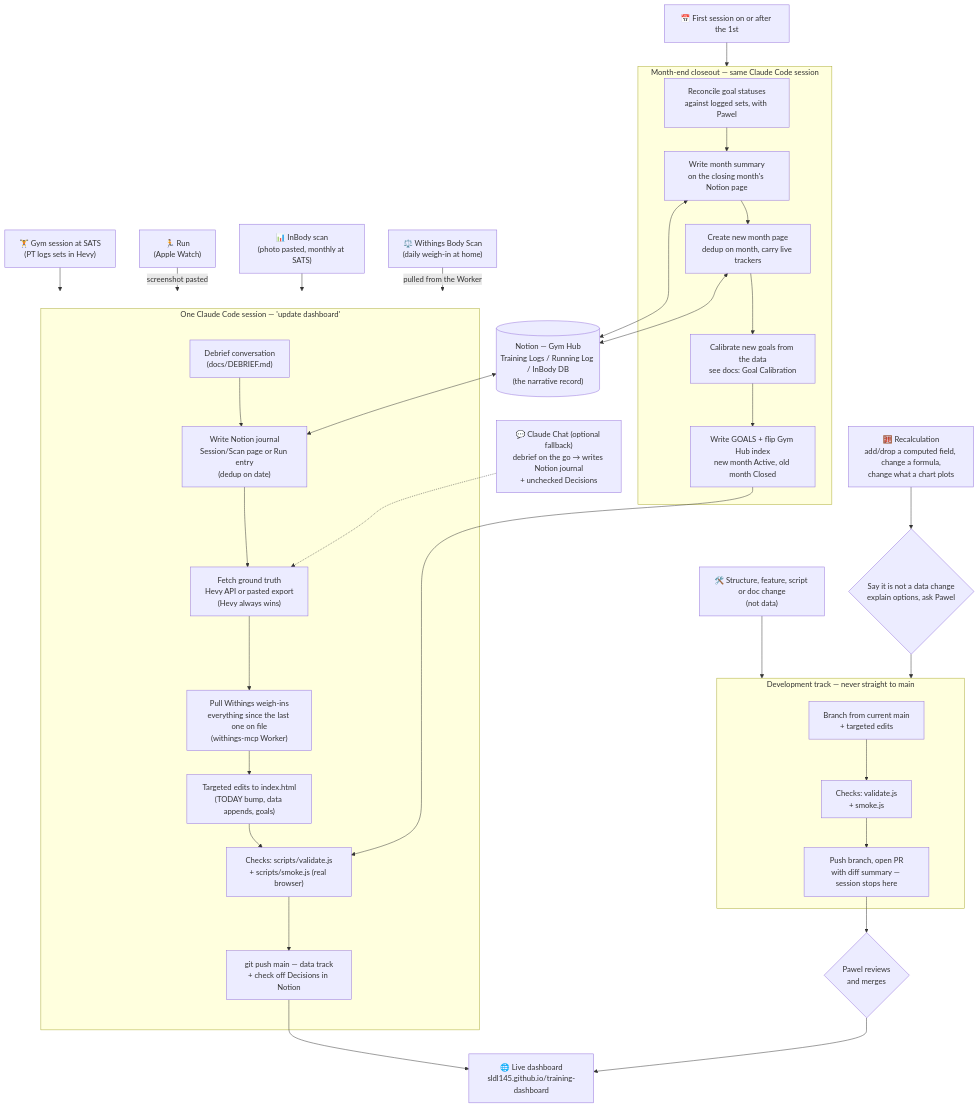
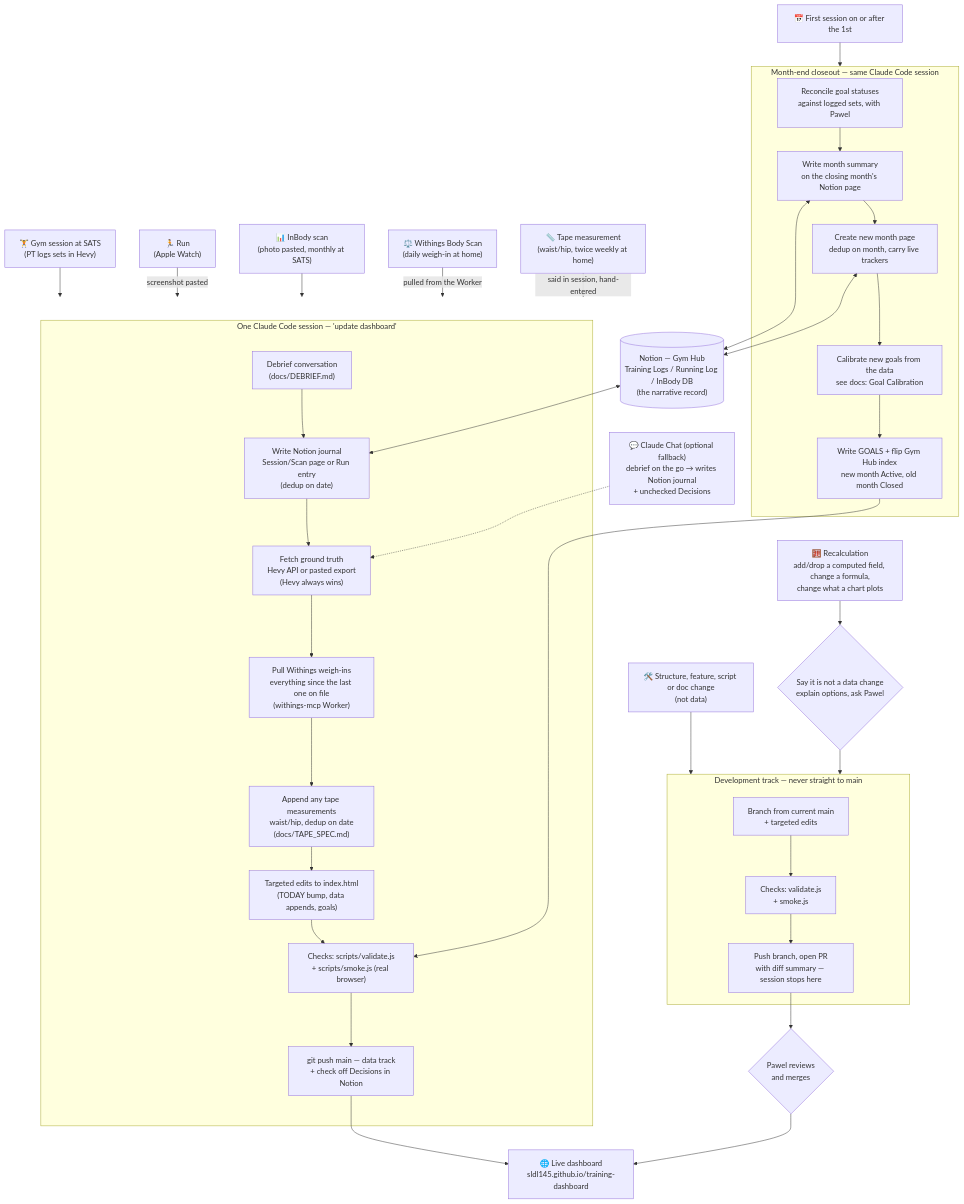
One commit to sldl145/training-dashboard changed the diagram in README.md. Above: the diagram before and after it, drawn with Mermaid. The commit also changed other lines of this file and 7 other files, not shown here.

First line of the commit message:
Add 14-day block comparison and manual tape measurement series

````diff
--- a/README.md
+++ b/README.md
@@ -16,47 +16,49 @@
 ```mermaid
 flowchart TD
     GYM["🏋️ Gym session at SATS<br/>(PT logs sets in Hevy)"] --> SESSION
     RUN["🏃 Run<br/>(Apple Watch)"] -->|screenshot pasted| SESSION
     SCAN["📊 InBody scan<br/>(photo pasted, monthly at SATS)"] --> SESSION
     WEIGH["⚖️ Withings Body Scan<br/>(daily weigh-in at home)"] -->|pulled from the Worker| SESSION
+    TAPE["📏 Tape measurement<br/>(waist/hip, twice weekly at home)"] -->|said in session, hand-entered| SESSION
 
     subgraph SESSION["One Claude Code session — 'update dashboard'"]
         D1["Debrief conversation<br/>(docs/DEBRIEF.md)"] --> D2["Write Notion journal<br/>Session/Scan page or Run entry<br/>(dedup on date)"]
         D2 --> D3["Fetch ground truth<br/>Hevy API or pasted export<br/>(Hevy always wins)"]
         D3 --> D3W["Pull Withings weigh-ins<br/>everything since the last one on file<br/>(withings-mcp Worker)"]
-        D3W --> D4["Targeted edits to index.html<br/>(TODAY bump, data appends, goals)"]
+        D3W --> D3T["Append any tape measurements<br/>waist/hip, dedup on date<br/>(docs/TAPE_SPEC.md)"]
+        D3T --> D4["Targeted edits to index.html<br/>(TODAY bump, data appends, goals)"]
         D4 --> D5["Checks: scripts/validate.js<br/>+ scripts/smoke.js (real browser)"]
         D5 --> D6["git push main — data track<br/>+ check off Decisions in Notion"]
     end
 
     CHAT["💬 Claude Chat (optional fallback)<br/>debrief on the go → writes Notion journal<br/>+ unchecked Decisions"] -.-> D3
 
     D6 --> LIVE["🌐 Live dashboard<br/>sldl145.github.io/training-dashboard"]
 
     DEV["🛠️ Structure, feature, script or doc change<br/>(not data)"] --> DEVTRACK
     RECALC["🧮 Recalculation<br/>add/drop a computed field, change a formula,<br/>change what a chart plots"] --> ASK{"Say it is not a data change<br/>explain options, ask Pawel"}
     ASK --> DEVTRACK
 
     subgraph DEVTRACK["Development track — never straight to main"]
         V1["Branch from current main<br/>+ targeted edits"] --> V2["Checks: validate.js<br/>+ smoke.js"]
         V2 --> V3["Push branch, open PR<br/>with diff summary — session stops here"]
     end
 
     V3 --> MERGE{"Pawel reviews<br/>and merges"}
     MERGE --> LIVE
 
     NOTION[("Notion — Gym Hub<br/>Training Logs / Running Log / InBody DB<br/>(the narrative record)")] <--> D2
 
     MONTH["📅 First session on or after the 1st"] --> CLOSE
 
     subgraph CLOSE["Month-end closeout — same Claude Code session"]
         C1["Reconcile goal statuses<br/>against logged sets, with Pawel"] --> C2["Write month summary<br/>on the closing month's Notion page"]
         C2 --> C3["Create new month page<br/>dedup on month, carry live trackers"]
         C3 --> C4["Calibrate new goals from the data<br/>see docs: Goal Calibration"]
         C4 --> C5["Write GOALS + flip Gym Hub index<br/>new month Active, old month Closed"]
     end
 
     C5 --> D5
     C2 <--> NOTION
     C3 <--> NOTION
 ```
````
